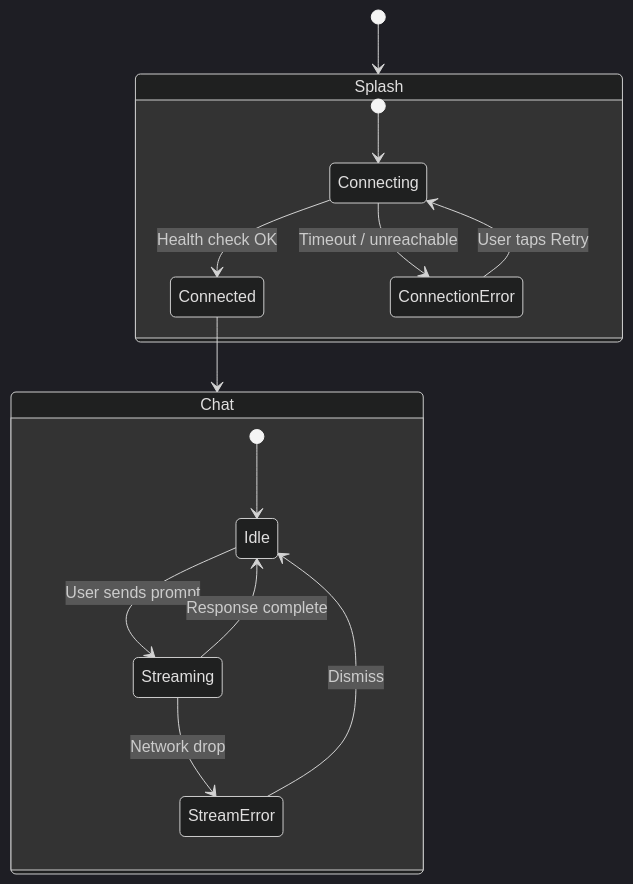
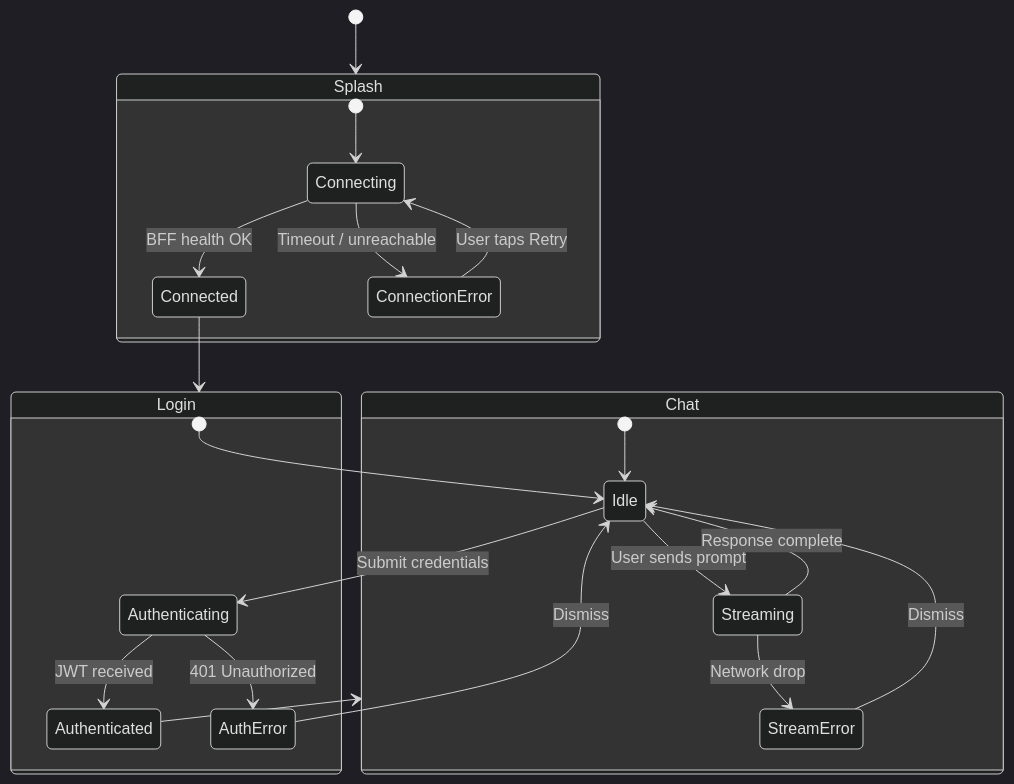
The fourth of 4 diagrams in README.md (dgurnick/openui-explore), drawn with Mermaid before and after one commit. The commit also changed other lines of this file and 36 other files, not shown here.

Commit message:
bootstrap: add Ktor BFF with JWT auth, SQLite/Flyway migrations, and SSE proxy

````diff
--- a/README.md
+++ b/README.md
@@ -192,22 +250,32 @@
 ```mermaid
 %%{init: {'theme': 'dark'}}%%
 stateDiagram-v2
     [*] --> Splash
 
     state Splash {
         [*] --> Connecting
-        Connecting --> Connected : Health check OK
+        Connecting --> Connected : BFF health OK
         Connecting --> ConnectionError : Timeout / unreachable
         ConnectionError --> Connecting : User taps Retry
     }
 
-    Connected --> Chat
+    Connected --> Login
+
+    state Login {
+        [*] --> Idle
+        Idle --> Authenticating : Submit credentials
+        Authenticating --> Authenticated : JWT received
+        Authenticating --> AuthError : 401 Unauthorized
+        AuthError --> Idle : Dismiss
+    }
+
+    Authenticated --> Chat
 
     state Chat {
         [*] --> Idle
         Idle --> Streaming : User sends prompt
         Streaming --> Idle : Response complete
         Streaming --> StreamError : Network drop
         StreamError --> Idle : Dismiss
     }
 ```
````
